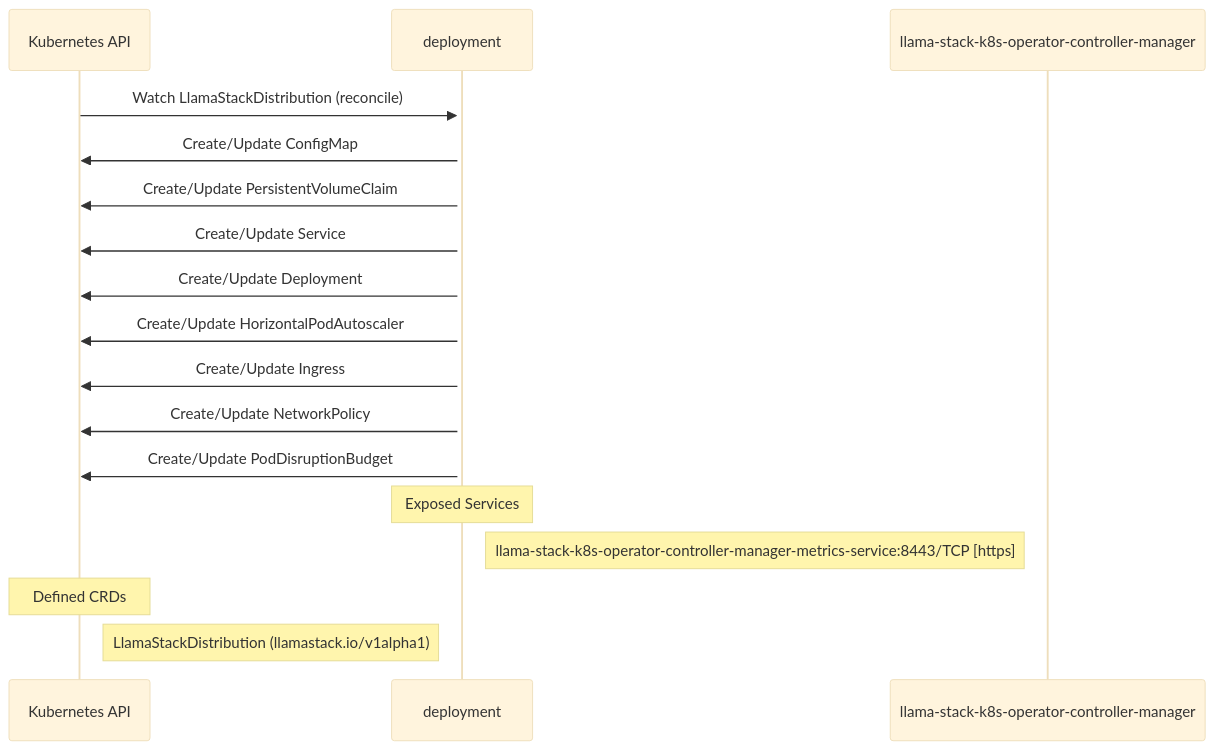
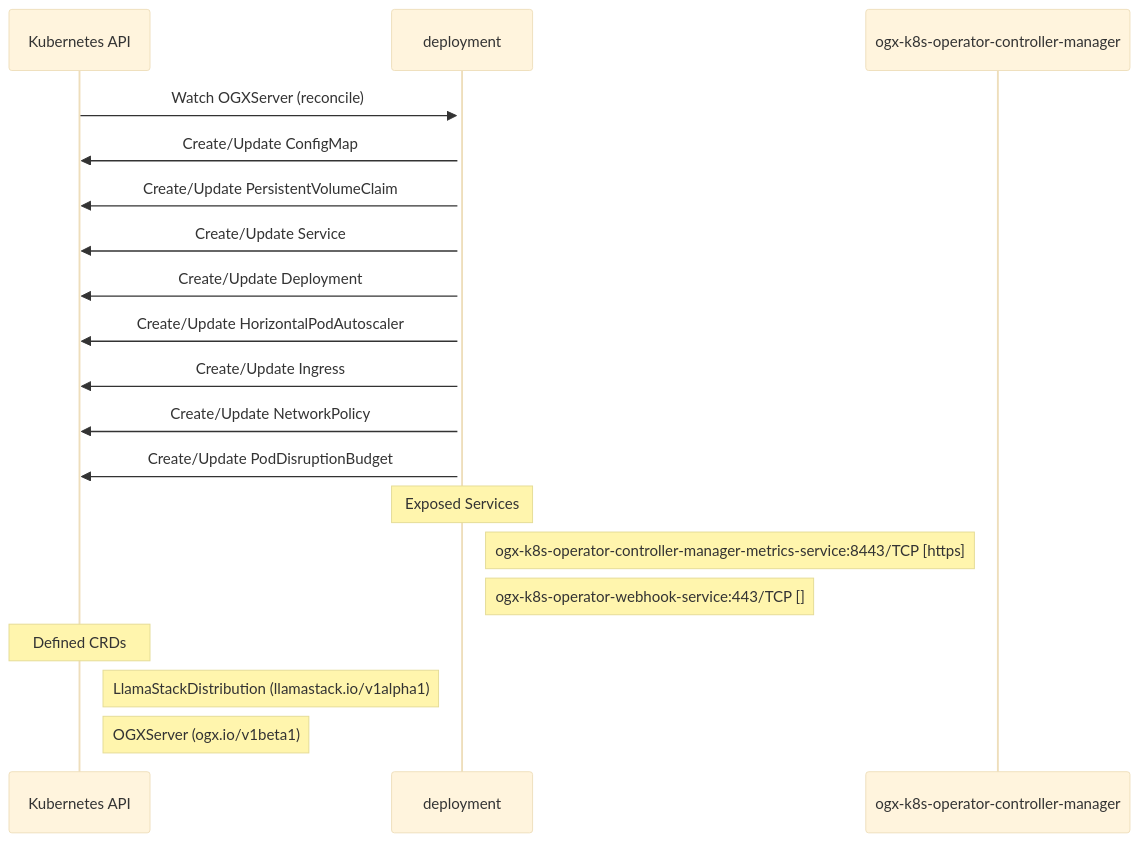
Before and after one commit to ugiordan/rhoai-architecture-analyzer: the diagram in site/docs/use-cases/odh-platform/components/llama_stack_k8s_operator/dataflow.md, drawn with Mermaid (base theme). The commit also changed other lines of this file and 402 other files, not shown here.

````diff
--- a/site/docs/use-cases/odh-platform/components/llama_stack_k8s_operator/dataflow.md
+++ b/site/docs/use-cases/odh-platform/components/llama_stack_k8s_operator/dataflow.md
@@ -23,24 +31,26 @@
 ```mermaid
 sequenceDiagram
     %% Static dataflow for llama-stack-k8s-operator
 
     participant KubernetesAPI as Kubernetes API
     participant deployment as deployment
-    participant llama_stack_k8s_operator_controller_manager as llama-stack-k8s-operator-controller-manager
+    participant ogx_k8s_operator_controller_manager as ogx-k8s-operator-controller-manager
 
-    KubernetesAPI->>+deployment: Watch LlamaStackDistribution (reconcile)
+    KubernetesAPI->>+deployment: Watch OGXServer (reconcile)
     deployment->>KubernetesAPI: Create/Update ConfigMap
     deployment->>KubernetesAPI: Create/Update PersistentVolumeClaim
     deployment->>KubernetesAPI: Create/Update Service
     deployment->>KubernetesAPI: Create/Update Deployment
     deployment->>KubernetesAPI: Create/Update HorizontalPodAutoscaler
     deployment->>KubernetesAPI: Create/Update Ingress
     deployment->>KubernetesAPI: Create/Update NetworkPolicy
     deployment->>KubernetesAPI: Create/Update PodDisruptionBudget
 
     Note over deployment: Exposed Services
-    Note right of deployment: llama-stack-k8s-operator-controller-manager-metrics-service:8443/TCP [https]
+    Note right of deployment: ogx-k8s-operator-controller-manager-metrics-service:8443/TCP [https]
+    Note right of deployment: ogx-k8s-operator-webhook-service:443/TCP []
 
     Note over KubernetesAPI: Defined CRDs
     Note right of KubernetesAPI: LlamaStackDistribution (llamastack.io/v1alpha1)
+    Note right of KubernetesAPI: OGXServer (ogx.io/v1beta1)
 ```
````
